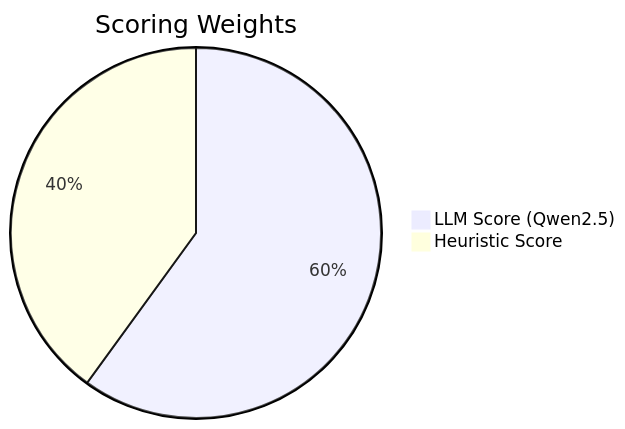
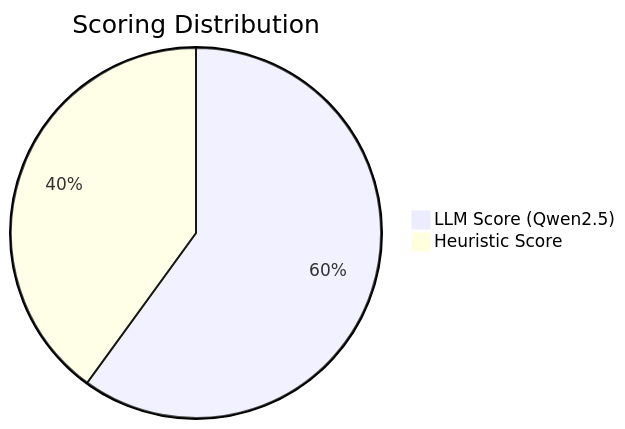
Before and after one commit to VIKAS9793/ai-interviewer-langchain: the second of 2 diagrams in README.md, drawn with Mermaid. The commit also changed other lines of this file, not shown here.

Commit message:
docs: Enhanced README with tech stack badges, AI model badges, mermaid diagrams

````diff
--- a/README.md
+++ b/README.md
@@ -117,5 +127,5 @@
 ```mermaid
-pie title Scoring Weights
+pie title Scoring Distribution
     "LLM Score (Qwen2.5)" : 60
     "Heuristic Score" : 40
 ```
````
